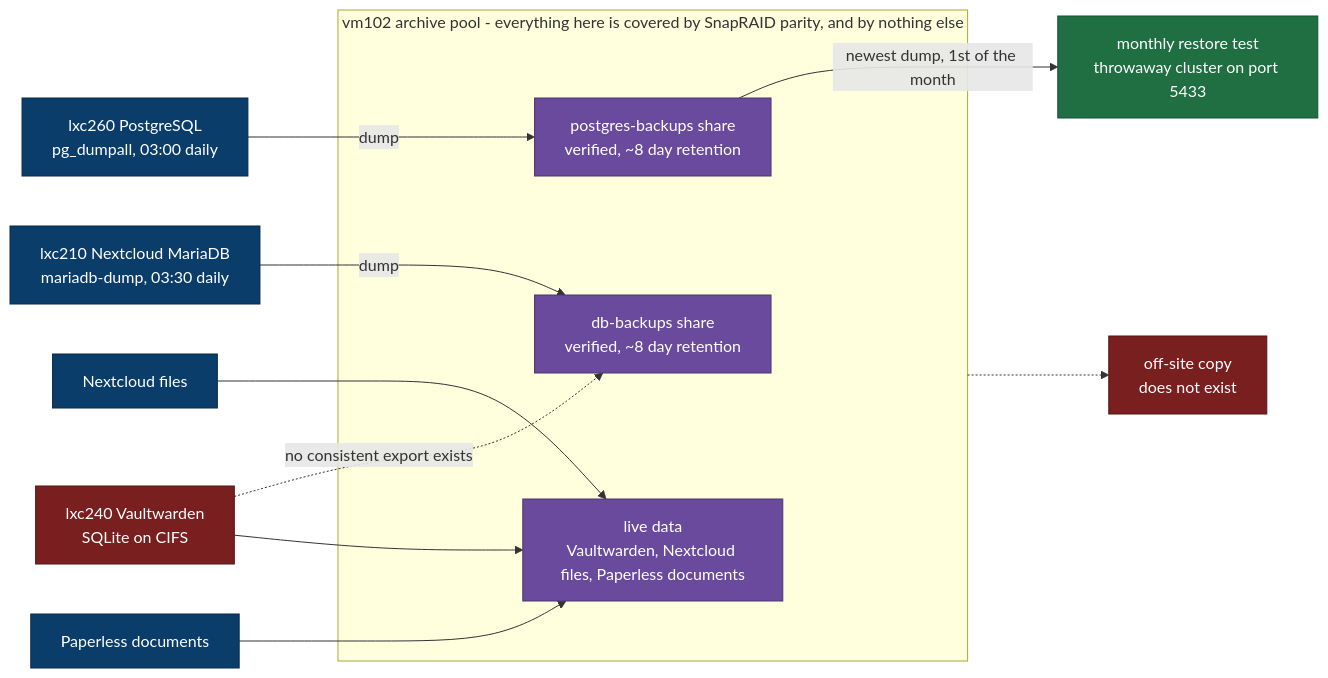
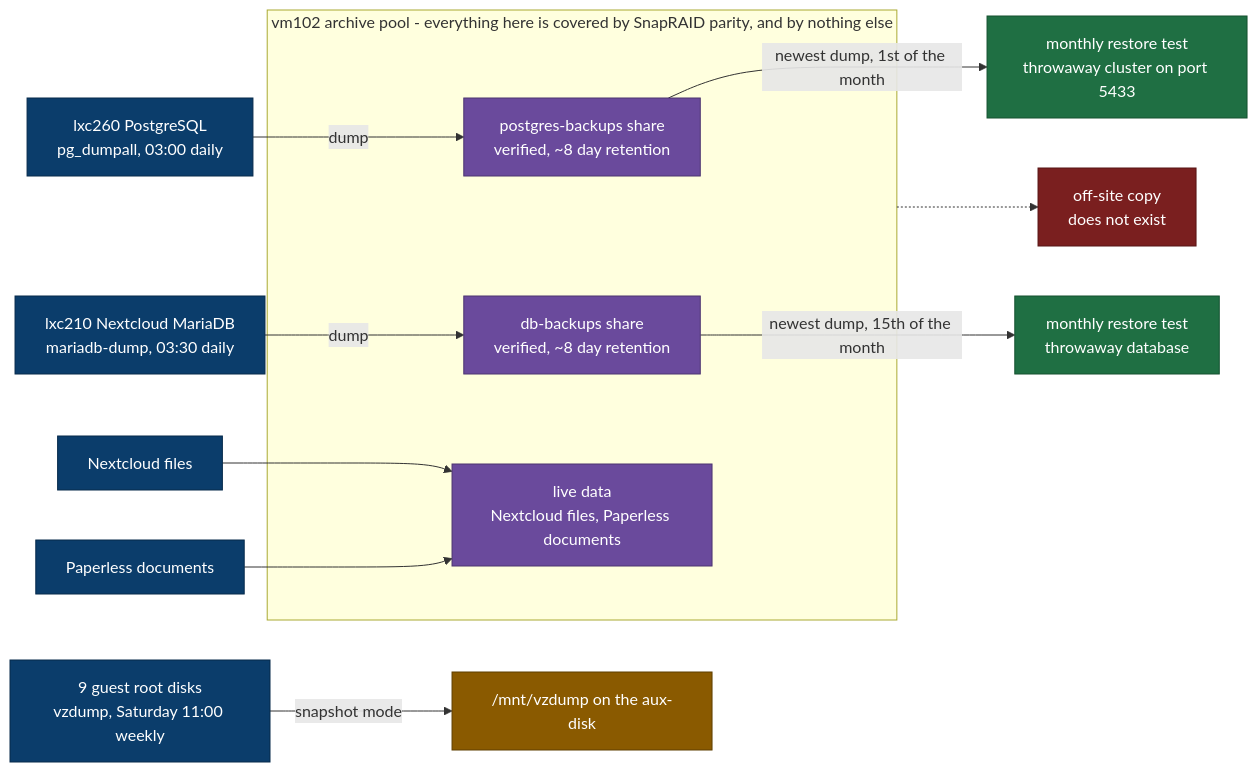
One commit to sohanreddyk/homelab-server-architecture changed the diagram in docs/architecture/backup-flow.md. Above: the diagram before and after it, drawn with Mermaid. The commit also changed other lines of this file and 12 other files, not shown here.

First line of the commit message:
docs(platform): bring diagrams and overviews to the measured state

````diff
--- a/docs/architecture/backup-flow.md
+++ b/docs/architecture/backup-flow.md
@@ -10,39 +12,43 @@
 ```mermaid
 flowchart LR
   accTitle: Backup flows and the gaps in them
-  accDescr: PostgreSQL and MariaDB dumps to SMB shares on vm102 protected by parity, with the missing Vaultwarden export and the missing off-site copy marked as gaps.
+  accDescr: PostgreSQL and MariaDB dumps to SMB shares on vm102 protected by parity, each with a monthly restore test, weekly guest backups onto the aux-disk, and the missing off-site copy marked as a gap.
 
   PG["lxc260 PostgreSQL<br/>pg_dumpall, 03:00 daily"]
   MDB["lxc210 Nextcloud MariaDB<br/>mariadb-dump, 03:30 daily"]
-  VW["lxc240 Vaultwarden<br/>SQLite on CIFS"]
+  GUESTS["9 guest root disks<br/>vzdump, Saturday 11:00 weekly"]
   NCF["Nextcloud files"]
   PPD["Paperless documents"]
 
   subgraph vm102["vm102 archive pool - everything here is covered by SnapRAID parity, and by nothing else"]
     PGSHARE["postgres-backups share<br/>verified, ~8 day retention"]
     DBSHARE["db-backups share<br/>verified, ~8 day retention"]
-    LIVE["live data<br/>Vaultwarden, Nextcloud files, Paperless documents"]
+    LIVE["live data<br/>Nextcloud files, Paperless documents"]
   end
 
+  VZDUMP["/mnt/vzdump on the aux-disk"]
   RESTORE["monthly restore test<br/>throwaway cluster on port 5433"]
+  MRESTORE["monthly restore test<br/>throwaway database"]
   OFFSITE["off-site copy<br/>does not exist"]
 
   PG -->|"dump"| PGSHARE
   MDB -->|"dump"| DBSHARE
-  VW -.->|"no consistent export exists"| DBSHARE
   NCF --> LIVE
   PPD --> LIVE
-  VW --> LIVE
+  GUESTS -->|"snapshot mode"| VZDUMP
 
   PGSHARE -->|"newest dump, 1st of the month"| RESTORE
+  DBSHARE -->|"newest dump, 15th of the month"| MRESTORE
   vm102 -.-> OFFSITE
 
   classDef src fill:#0b3d6b,stroke:#062a4b,color:#ffffff
   classDef store fill:#6a4a9c,stroke:#4c3570,color:#ffffff
   classDef ok fill:#1f6f43,stroke:#14512f,color:#ffffff
+  classDef warn fill:#8a5a00,stroke:#5f3e00,color:#ffffff
   classDef gap fill:#7a1f1f,stroke:#571414,color:#ffffff
-  class PG,MDB,NCF,PPD src
-  class PGSHARE,DBSHARE,LIVE,PAR store
-  class RESTORE ok
-  class VW,OFFSITE gap
+  class PG,MDB,NCF,PPD,GUESTS src
+  class PGSHARE,DBSHARE,LIVE store
+  class RESTORE,MRESTORE ok
+  class VZDUMP warn
+  class OFFSITE gap
 ```
````
